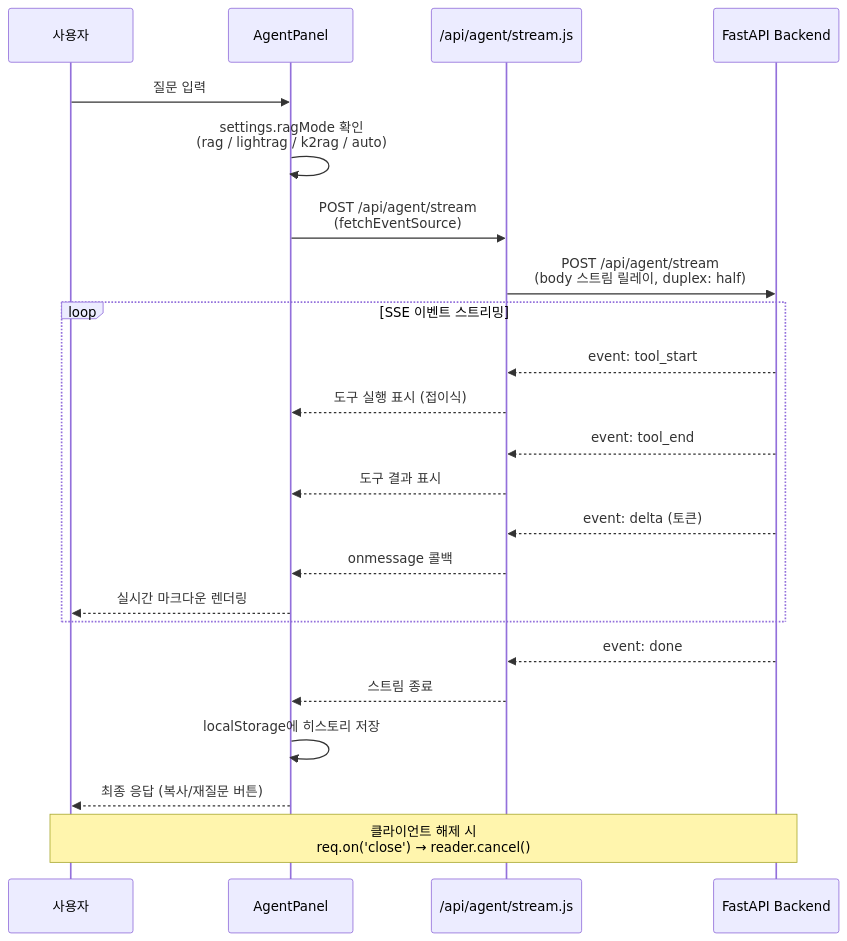
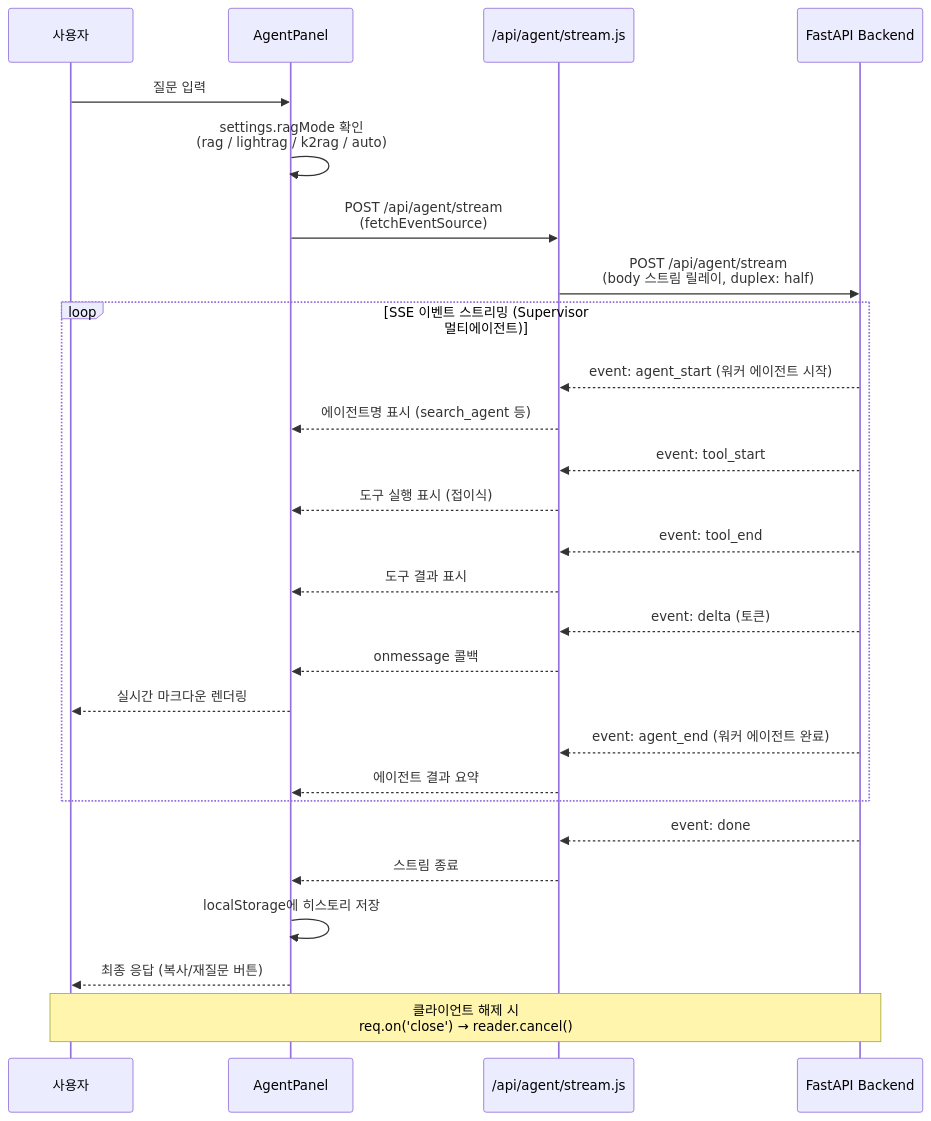
Diagram 14 of 15 in nextjs/README.md (ASNGG/cafe24-demo), drawn with Mermaid before and after one commit. The commit also changed other lines of this file and 10 other files, not shown here.

First line of the commit message:
feat: v9.2.0 Supervisor 멀티에이전트 도입

````diff
--- a/nextjs/README.md
+++ b/nextjs/README.md
@@ -1534,29 +1546,33 @@
 ```mermaid
 sequenceDiagram
     participant User as 사용자
     participant Panel as AgentPanel
     participant Proxy as /api/agent/stream.js
     participant Backend as FastAPI Backend
 
     User->>Panel: 질문 입력
     Panel->>Panel: settings.ragMode 확인<br/>(rag / lightrag / k2rag / auto)
     Panel->>Proxy: POST /api/agent/stream<br/>(fetchEventSource)
     Proxy->>Backend: POST /api/agent/stream<br/>(body 스트림 릴레이, duplex: half)
 
-    loop SSE 이벤트 스트리밍
+    loop SSE 이벤트 스트리밍 (Supervisor 멀티에이전트)
+        Backend-->>Proxy: event: agent_start (워커 에이전트 시작)
+        Proxy-->>Panel: 에이전트명 표시 (search_agent 등)
         Backend-->>Proxy: event: tool_start
         Proxy-->>Panel: 도구 실행 표시 (접이식)
         Backend-->>Proxy: event: tool_end
         Proxy-->>Panel: 도구 결과 표시
         Backend-->>Proxy: event: delta (토큰)
         Proxy-->>Panel: onmessage 콜백
         Panel-->>User: 실시간 마크다운 렌더링
+        Backend-->>Proxy: event: agent_end (워커 에이전트 완료)
+        Proxy-->>Panel: 에이전트 결과 요약
     end
 
     Backend-->>Proxy: event: done
     Proxy-->>Panel: 스트림 종료
     Panel->>Panel: localStorage에 히스토리 저장
     Panel-->>User: 최종 응답 (복사/재질문 버튼)
 
     Note over User,Backend: 클라이언트 해제 시<br/>req.on('close') → reader.cancel()
 ```
````
